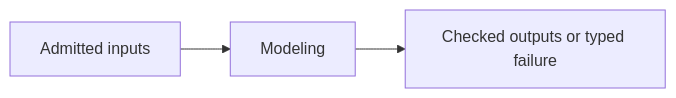
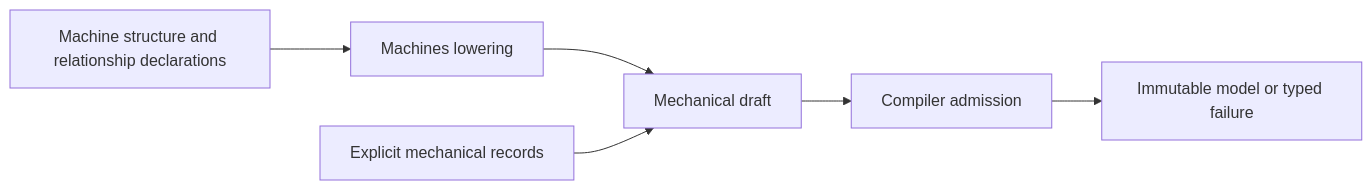
The diagram in Sources/SwiftMechanics/Modeling/DESIGN.md (1amageek/swift-mechanics), drawn with Mermaid before and after one commit. The commit also changed other lines of this file and 7 other files, not shown here.

````diff
--- a/Sources/SwiftMechanics/Modeling/DESIGN.md
+++ b/Sources/SwiftMechanics/Modeling/DESIGN.md
@@ -19,5 +21,8 @@
 ```mermaid
 flowchart LR
-  Inputs[Admitted inputs] --> Owner[Modeling]
-  Owner --> Outputs[Checked outputs or typed failure]
+  Declarations[Machine structure and relationship declarations] --> Machines[Machines lowering]
+  Machines --> Inputs[Mechanical draft]
+  Records[Explicit mechanical records] --> Inputs
+  Inputs --> Compiler[Compiler admission]
+  Compiler --> Outputs[Immutable model or typed failure]
 ```
````
